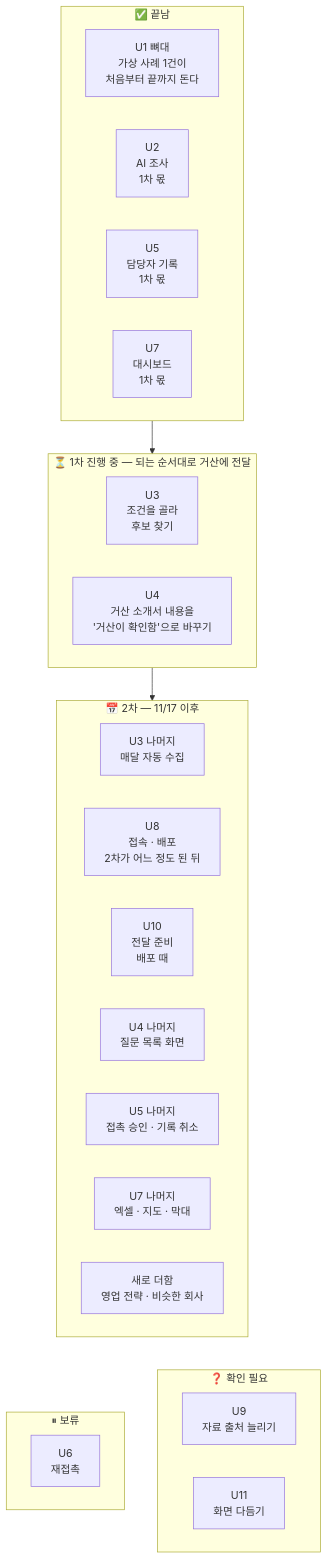
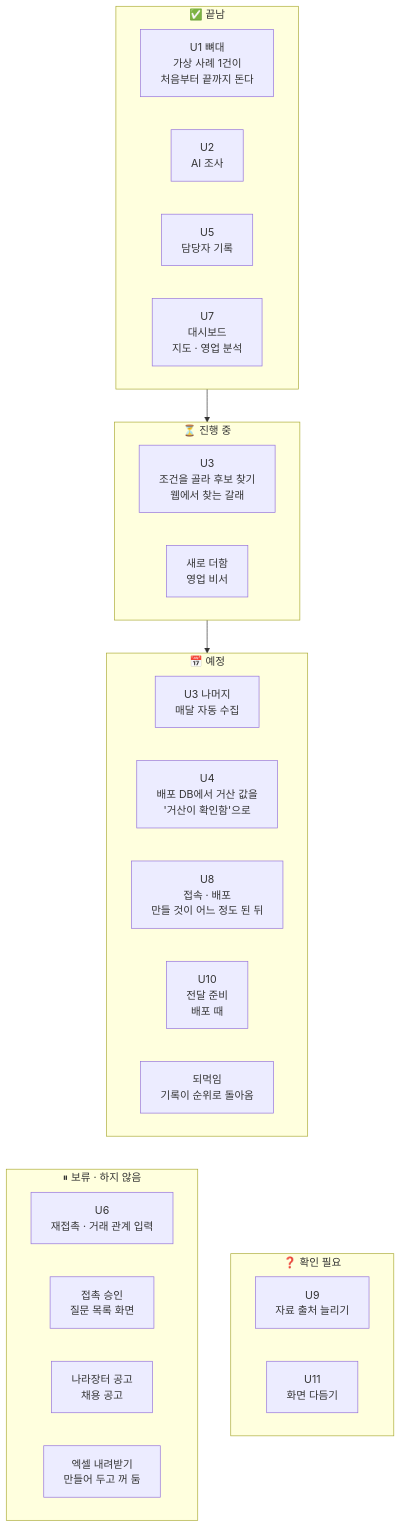
Before and after one commit to agent-ddalgi-team/final-geosan: the second of 2 diagrams in docs/map/README.md, drawn with Mermaid. The commit also changed other lines of this file and 5 other files, not shown here.

````diff
--- a/docs/map/README.md
+++ b/docs/map/README.md
@@ -54,32 +54,33 @@
 ```mermaid
 flowchart TB
     subgraph DONE["✅ 끝남"]
         U1["U1 뼈대<br/>가상 사례 1건이<br/>처음부터 끝까지 돈다"]
-        U2["U2<br/>AI 조사<br/>1차 몫"]
-        U5["U5<br/>담당자 기록<br/>1차 몫"]
-        U7["U7<br/>대시보드<br/>1차 몫"]
+        U2["U2<br/>AI 조사"]
+        U5["U5<br/>담당자 기록"]
+        U7["U7<br/>대시보드<br/>지도 · 영업 분석"]
     end
-    subgraph NOW["⏳ 1차 진행 중 — 되는 순서대로 거산에 전달"]
-        U3["U3<br/>조건을 골라<br/>후보 찾기"]
-        U4["U4<br/>거산 소개서 내용을<br/>'거산이 확인함'으로 바꾸기"]
+    subgraph NOW["⏳ 진행 중"]
+        U3["U3<br/>조건을 골라 후보 찾기<br/>웹에서 찾는 갈래"]
+        X1["새로 더함<br/>영업 비서"]
     end
-    subgraph NEXT["📅 2차 — 11/17 이후"]
+    subgraph NEXT["📅 예정"]
         X0["U3 나머지<br/>매달 자동 수집"]
-        U8["U8<br/>접속 · 배포<br/>2차가 어느 정도 된 뒤"]
+        U4["U4<br/>배포 DB에서 거산 값을<br/>'거산이 확인함'으로"]
+        U8["U8<br/>접속 · 배포<br/>만들 것이 어느 정도 된 뒤"]
         U10["U10<br/>전달 준비<br/>배포 때"]
-        X1["U4 나머지<br/>질문 목록 화면"]
-        X2["U5 나머지<br/>접촉 승인 · 기록 취소"]
-        X3["U7 나머지<br/>엑셀 · 지도 · 막대"]
-        X4["새로 더함<br/>영업 전략 · 비슷한 회사"]
+        X2["되먹임<br/>기록이 순위로 돌아옴"]
     end
-    subgraph HOLD["⏸ 보류"]
-        U6["U6<br/>재접촉"]
+    subgraph HOLD["⏸ 보류 · 하지 않음"]
+        U6["U6<br/>재접촉 · 거래 관계 입력"]
+        X3["접촉 승인<br/>질문 목록 화면"]
+        X4["나라장터 공고<br/>채용 공고"]
+        X5["엑셀 내려받기<br/>만들어 두고 꺼 둠"]
     end
     subgraph ASK["❓ 확인 필요"]
         U9["U9<br/>자료 출처 늘리기"]
         U11["U11<br/>화면 다듬기"]
     end
     DONE --> NOW --> NEXT
     NEXT ~~~ HOLD
     NEXT ~~~ ASK
 ```
````
